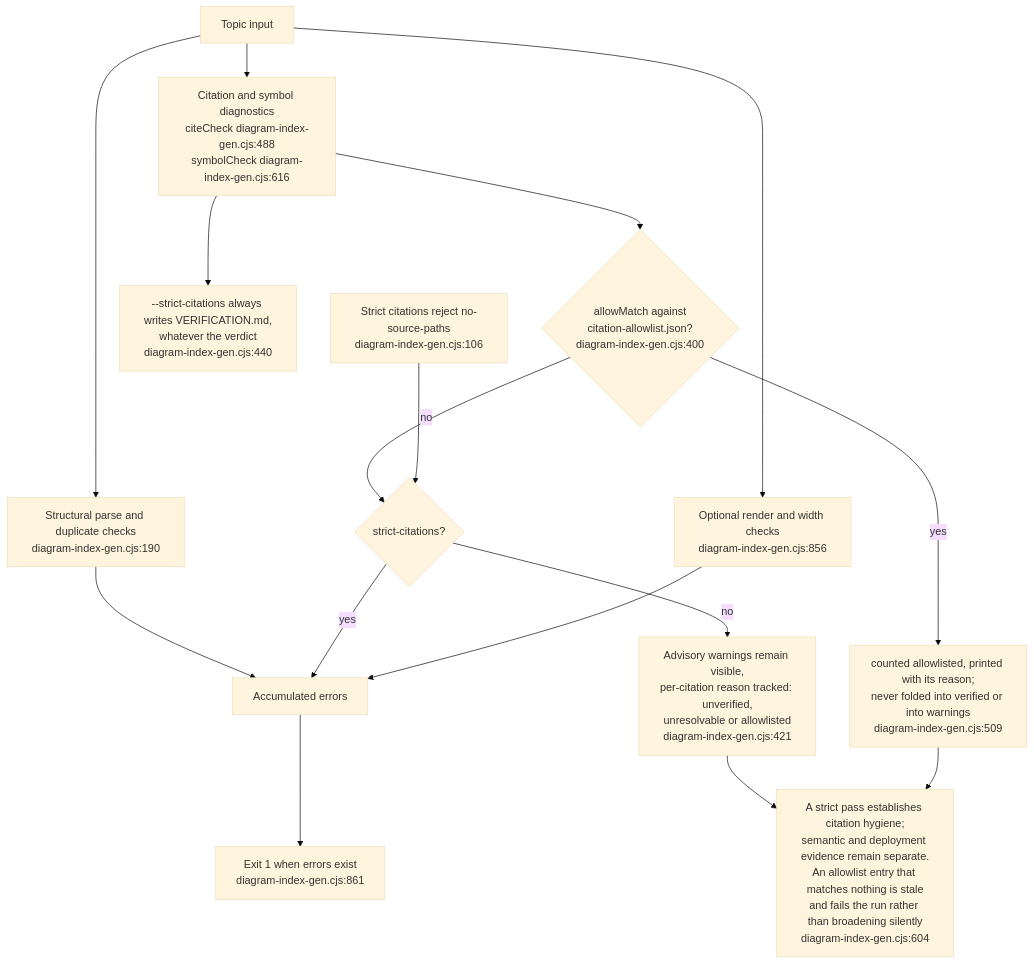
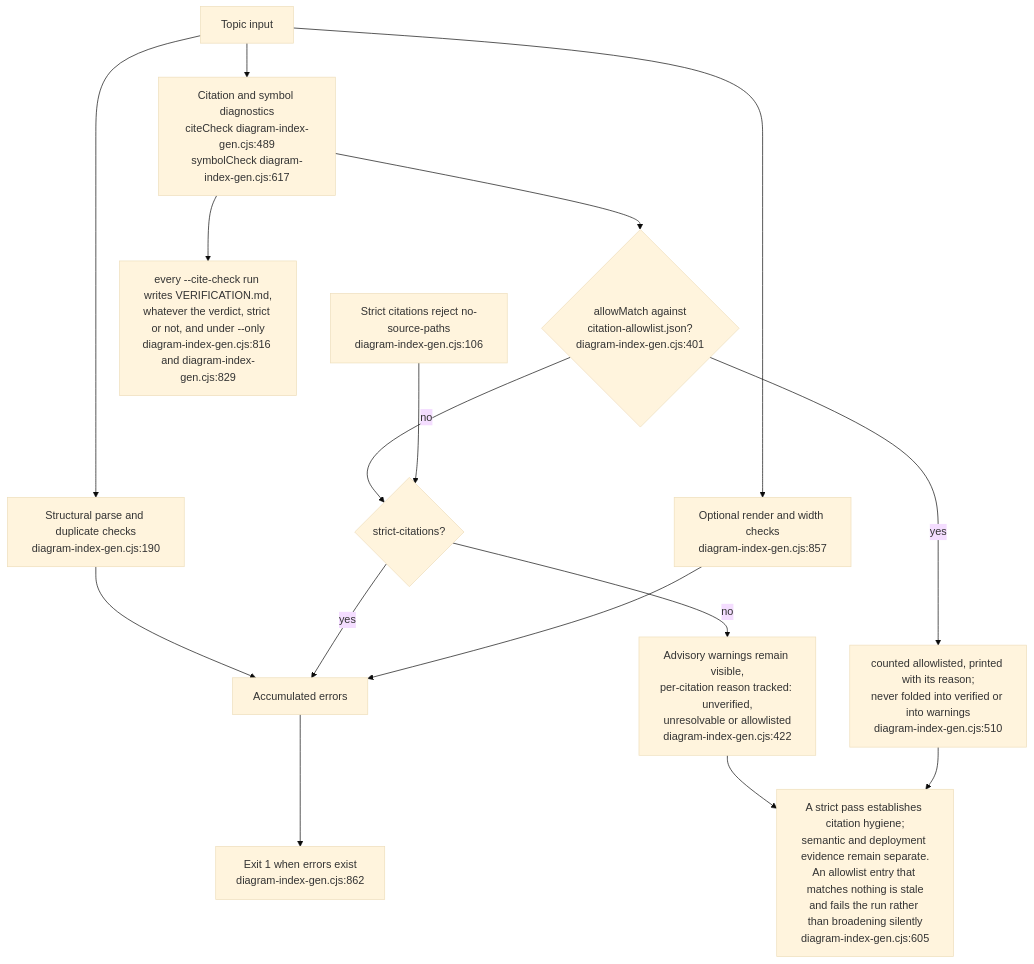
The ninth of 14 diagrams in docs/diagrams/visionflow/06-diagram-tooling.md (DreamLab-AI/VisionFlow), drawn with Mermaid (base theme) before and after one commit. The commit also changed other lines of this file and 94 other files, not shown here.

First line of the commit message:
docs(diagrams): re-verify 130 topics against 2 October HEADs

````diff
--- a/docs/diagrams/visionflow/06-diagram-tooling.md
+++ b/docs/diagrams/visionflow/06-diagram-tooling.md
@@ -308,19 +308,19 @@
 ```mermaid
 flowchart TB
     I["Topic input"] --> P["Structural parse and duplicate checks<br/>diagram-index-gen.cjs:190"]
     P --> ERR["Accumulated errors"]
-    I --> C["Citation and symbol diagnostics<br/>citeCheck diagram-index-gen.cjs:488<br/>symbolCheck diagram-index-gen.cjs:616"]
-    C --> WAIVE{"allowMatch against<br/>citation-allowlist.json?<br/>diagram-index-gen.cjs:400"}
-    WAIVE -->|yes| NOTE["counted allowlisted, printed with its reason;<br/>never folded into verified or into warnings<br/>diagram-index-gen.cjs:509"]
+    I --> C["Citation and symbol diagnostics<br/>citeCheck diagram-index-gen.cjs:489<br/>symbolCheck diagram-index-gen.cjs:617"]
+    C --> WAIVE{"allowMatch against<br/>citation-allowlist.json?<br/>diagram-index-gen.cjs:401"}
+    WAIVE -->|yes| NOTE["counted allowlisted, printed with its reason;<br/>never folded into verified or into warnings<br/>diagram-index-gen.cjs:510"]
     WAIVE -->|no| STRICT{"strict-citations?"}
     STRICT -->|yes| ERR
-    STRICT -->|no| WARN["Advisory warnings remain visible,<br/>per-citation reason tracked: unverified,<br/>unresolvable or allowlisted<br/>diagram-index-gen.cjs:421"]
-    C --> VER["--strict-citations always writes VERIFICATION.md,<br/>whatever the verdict<br/>diagram-index-gen.cjs:440"]
-    I --> R["Optional render and width checks<br/>diagram-index-gen.cjs:856"]
+    STRICT -->|no| WARN["Advisory warnings remain visible,<br/>per-citation reason tracked: unverified,<br/>unresolvable or allowlisted<br/>diagram-index-gen.cjs:422"]
+    C --> VER["every --cite-check run writes VERIFICATION.md,<br/>whatever the verdict, strict or not, and under --only<br/>diagram-index-gen.cjs:816 and diagram-index-gen.cjs:829"]
+    I --> R["Optional render and width checks<br/>diagram-index-gen.cjs:857"]
     R --> ERR
-    ERR --> FAIL["Exit 1 when errors exist<br/>diagram-index-gen.cjs:861"]
+    ERR --> FAIL["Exit 1 when errors exist<br/>diagram-index-gen.cjs:862"]
     MODE["Strict citations reject no-source-paths<br/>diagram-index-gen.cjs:106"] --> STRICT
-    LIMIT["A strict pass establishes citation hygiene;<br/>semantic and deployment evidence remain separate.<br/>An allowlist entry that matches nothing is stale<br/>and fails the run rather than broadening silently<br/>diagram-index-gen.cjs:604"]
+    LIMIT["A strict pass establishes citation hygiene;<br/>semantic and deployment evidence remain separate.<br/>An allowlist entry that matches nothing is stale<br/>and fails the run rather than broadening silently<br/>diagram-index-gen.cjs:605"]
     WARN --> LIMIT
     NOTE --> LIMIT
 ```
````
